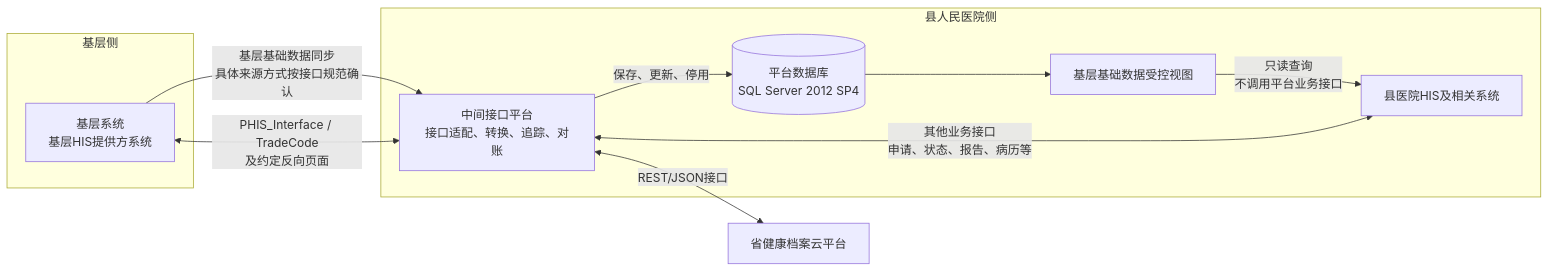
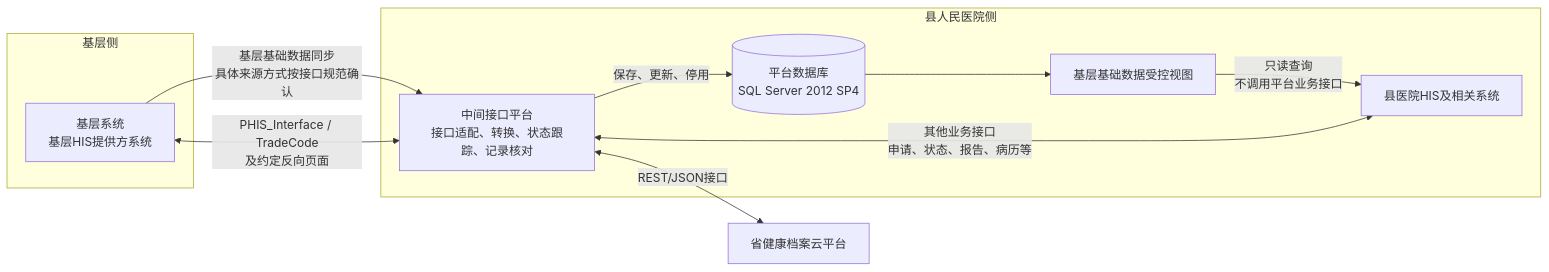
Before and after one commit to zftos-xai/county-integration-platform: the diagram in docs/decisions/架构决策.md, drawn with Mermaid. The commit also changed other lines of this file and 32 other files, not shown here.

````diff
--- a/docs/decisions/架构决策.md
+++ b/docs/decisions/架构决策.md
@@ -77,24 +77,24 @@
 ```mermaid
 flowchart LR
     subgraph JC["基层侧"]
         JX["基层系统<br/>基层HIS提供方系统"]
     end
 
     subgraph XYY["县人民医院侧"]
-        PT["中间接口平台<br/>接口适配、转换、追踪、对账"]
+        PT["中间接口平台<br/>接口适配、转换、状态跟踪、记录核对"]
         PDB[("平台数据库<br/>SQL Server 2012 SP4")]
         VIEW["基层基础数据受控视图"]
         HIS["县医院HIS及相关系统"]
     end
 
     CLOUD["省健康档案云平台"]
 
     JX -->|"基层基础数据同步<br/>具体来源方式按接口规范确认"| PT
     PT -->|"保存、更新、停用"| PDB
     PDB --> VIEW
     VIEW -->|"只读查询<br/>不调用平台业务接口"| HIS
 
     HIS <-->|"其他业务接口<br/>申请、状态、报告、病历等"| PT
     PT <-->|"PHIS_Interface / TradeCode<br/>及约定反向页面"| JX
     PT <-->|"REST/JSON接口"| CLOUD
 ```
````
